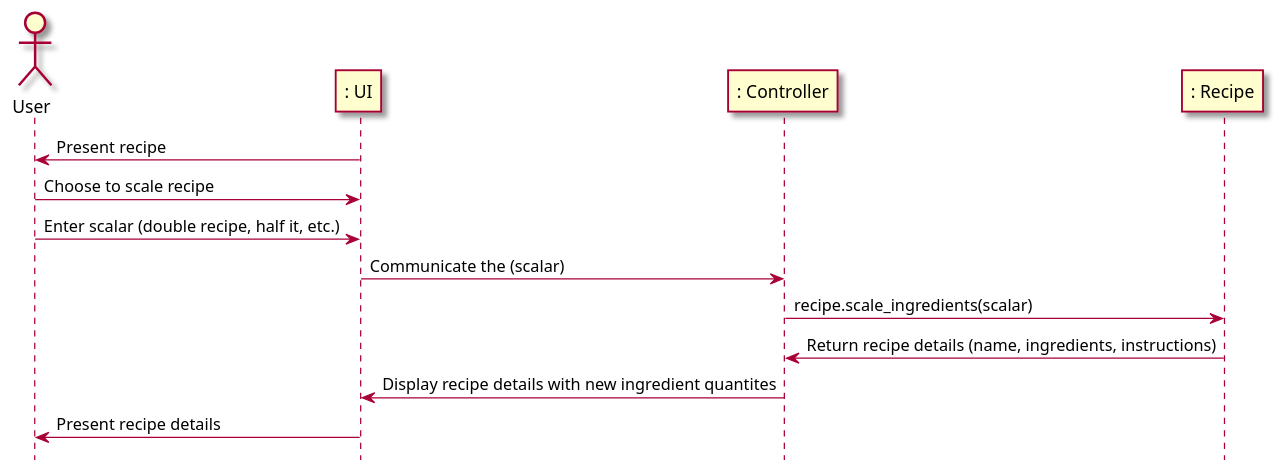
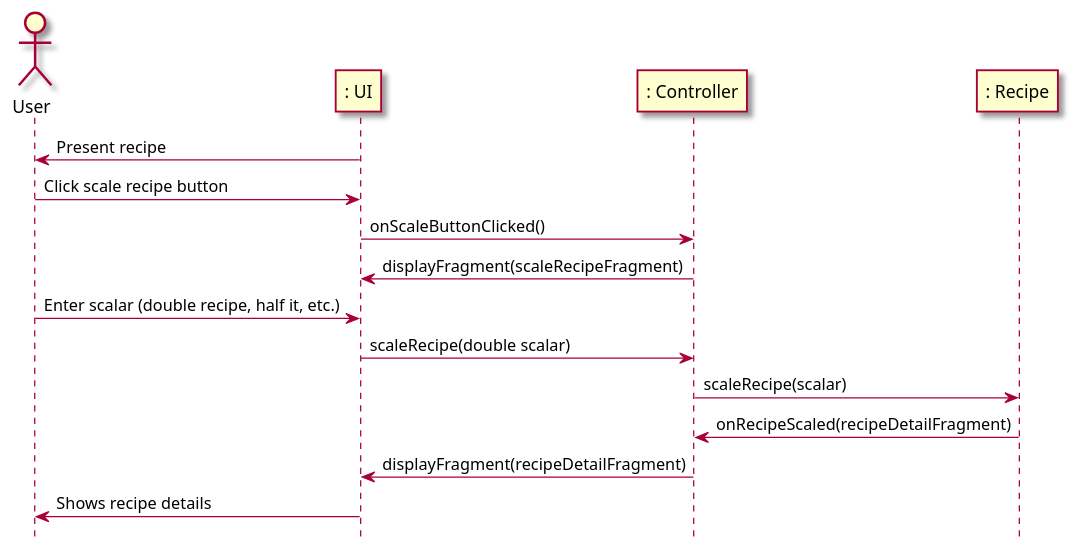
The second of 2 diagrams in intellij/doc/use-cases/scale_ingredients.md (berthashipper/Pantry-Pal-Android-Application), drawn with PlantUML before and after one commit. The commit also changed 2 other files, not shown here.

Commit message:
Updated scale_ingredients use case to use method call notation

````diff
--- a/intellij/doc/use-cases/scale_ingredients.md
+++ b/intellij/doc/use-cases/scale_ingredients.md
@@ -61,22 +61,24 @@
 ```plantuml
 @startuml
 skin rose
 
 hide footbox
 
 actor User as user
 participant ": UI" as ui
 participant ": Controller" as cont
 participant ": Recipe" as rec
 
 ui -> user: Present recipe
-user -> ui: Choose to scale recipe
+user -> ui: Click scale recipe button
+ui -> cont: onScaleButtonClicked()
+cont -> ui: displayFragment(scaleRecipeFragment)
 user -> ui: Enter scalar (double recipe, half it, etc.)
-ui -> cont: Communicate the (scalar)
-cont -> rec: recipe.scale_ingredients(scalar)
-rec -> cont: Return recipe details (name, ingredients, instructions)
-cont -> ui: Display recipe details with new ingredient quantites
-ui -> user: Present recipe details
+ui -> cont: scaleRecipe(double scalar)
+cont -> rec: scaleRecipe(scalar)
+rec -> cont: onRecipeScaled(recipeDetailFragment)
+cont -> ui: displayFragment(recipeDetailFragment)
+ui -> user: Shows recipe details
 
 @enduml
 ```
````
